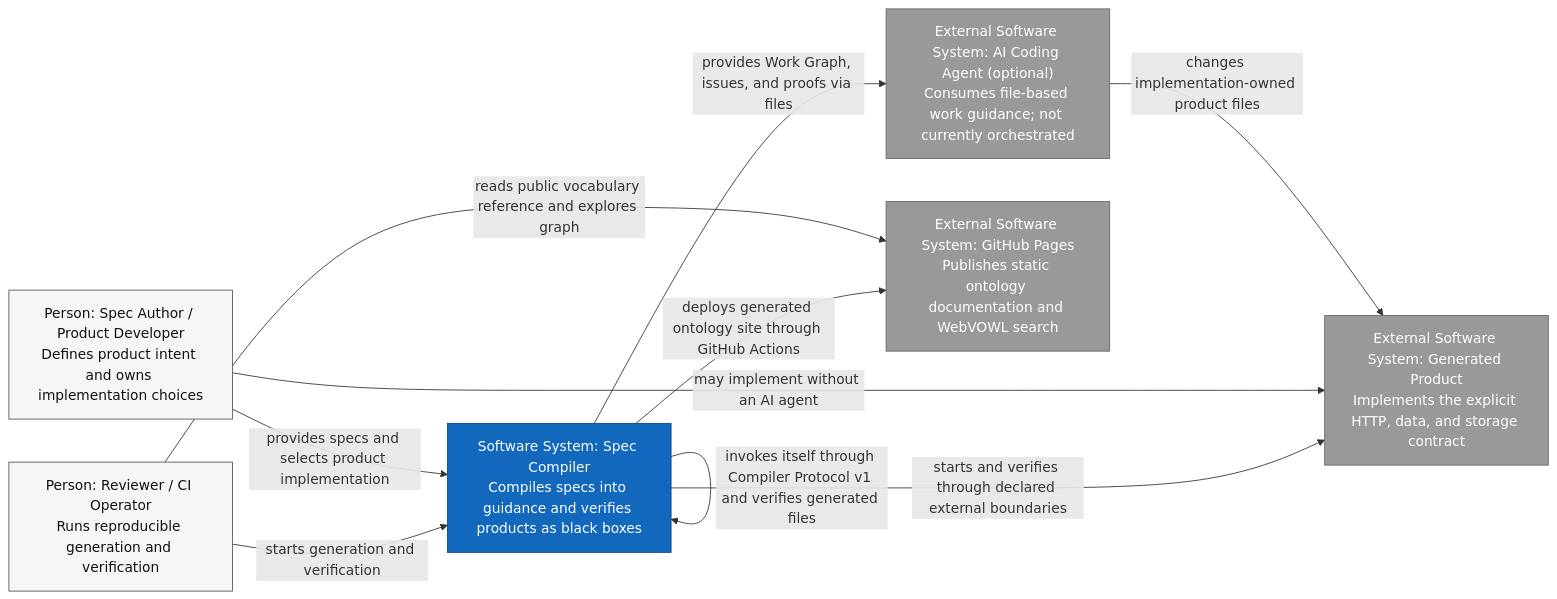
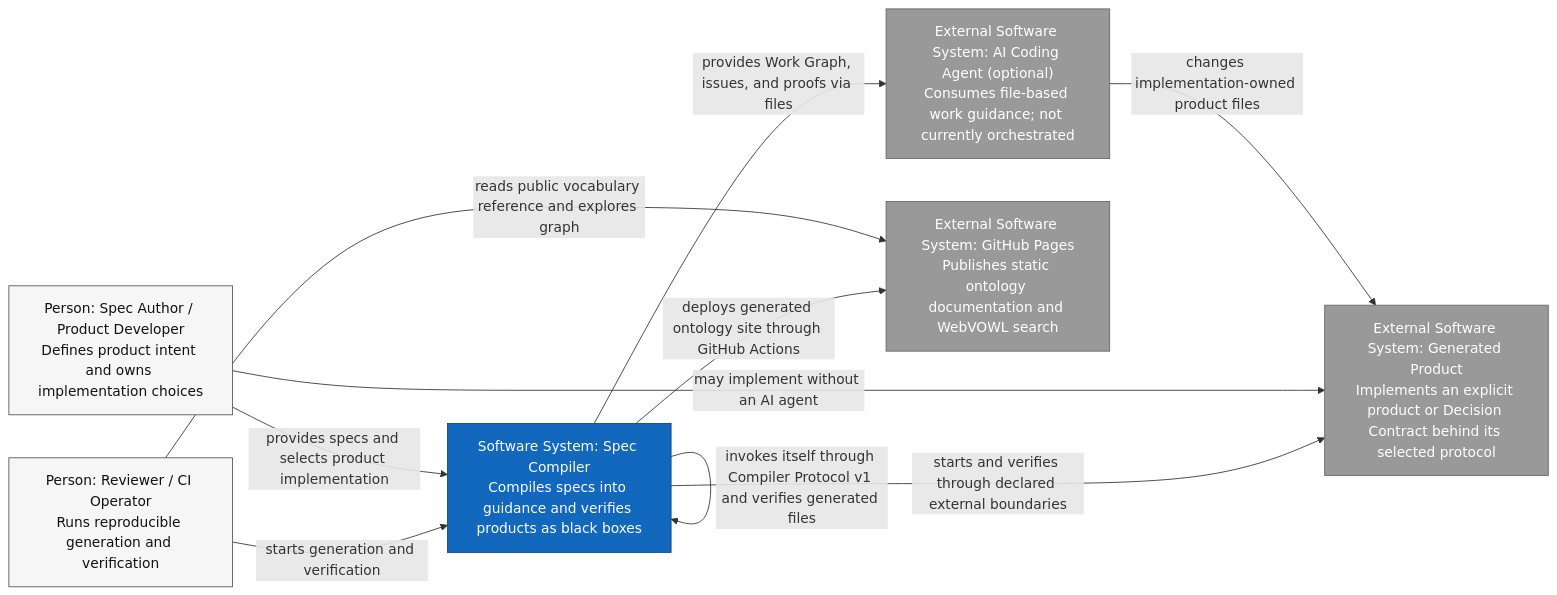
One commit to arturmiller/spec-compiler changed the first of 6 diagrams in docs/architecture/c4.md. Above: the diagram before and after it, drawn with Mermaid. The commit also changed other lines of this file and 48 other files, not shown here.

````diff
--- a/docs/architecture/c4.md
+++ b/docs/architecture/c4.md
@@ -21,26 +25,26 @@
 ```mermaid
 flowchart LR
     author["Person: Spec Author / Product Developer<br/>Defines product intent and owns implementation choices"]
     reviewer["Person: Reviewer / CI Operator<br/>Runs reproducible generation and verification"]
     tool["Software System: Spec Compiler<br/>Compiles specs into guidance and verifies products as black boxes"]
     agent["External Software System: AI Coding Agent (optional)<br/>Consumes file-based work guidance; not currently orchestrated"]
-    product["External Software System: Generated Product<br/>Implements the explicit HTTP, data, and storage contract"]
+    product["External Software System: Generated Product<br/>Implements an explicit product or Decision Contract behind its selected protocol"]
     pages["External Software System: GitHub Pages<br/>Publishes static ontology documentation and WebVOWL search"]
 
     author -->|"provides specs and selects product implementation"| tool
     reviewer -->|"starts generation and verification"| tool
     tool -->|"provides Work Graph, issues, and proofs via files"| agent
     agent -->|"changes implementation-owned product files"| product
     author -->|"may implement without an AI agent"| product
     tool -->|"starts and verifies through declared external boundaries"| product
     tool -->|"invokes itself through Compiler Protocol v1 and verifies generated files"| tool
     reviewer -->|"reads public vocabulary reference and explores graph"| pages
     tool -->|"deploys generated ontology site through GitHub Actions"| pages
 
     classDef person fill:#f6f6f6,stroke:#555,color:#111;
     classDef system fill:#1168bd,stroke:#0b4884,color:#fff;
     classDef external fill:#999,stroke:#666,color:#fff;
     class author,reviewer person;
     class tool system;
     class agent,product,pages external;
 ```
````
